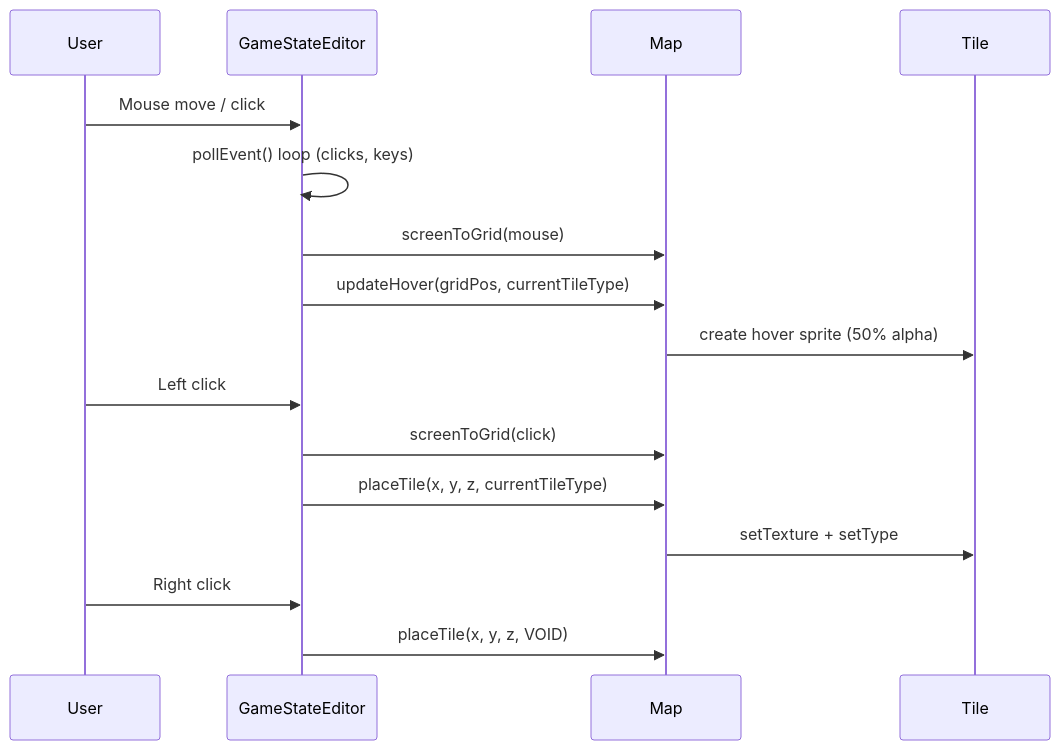
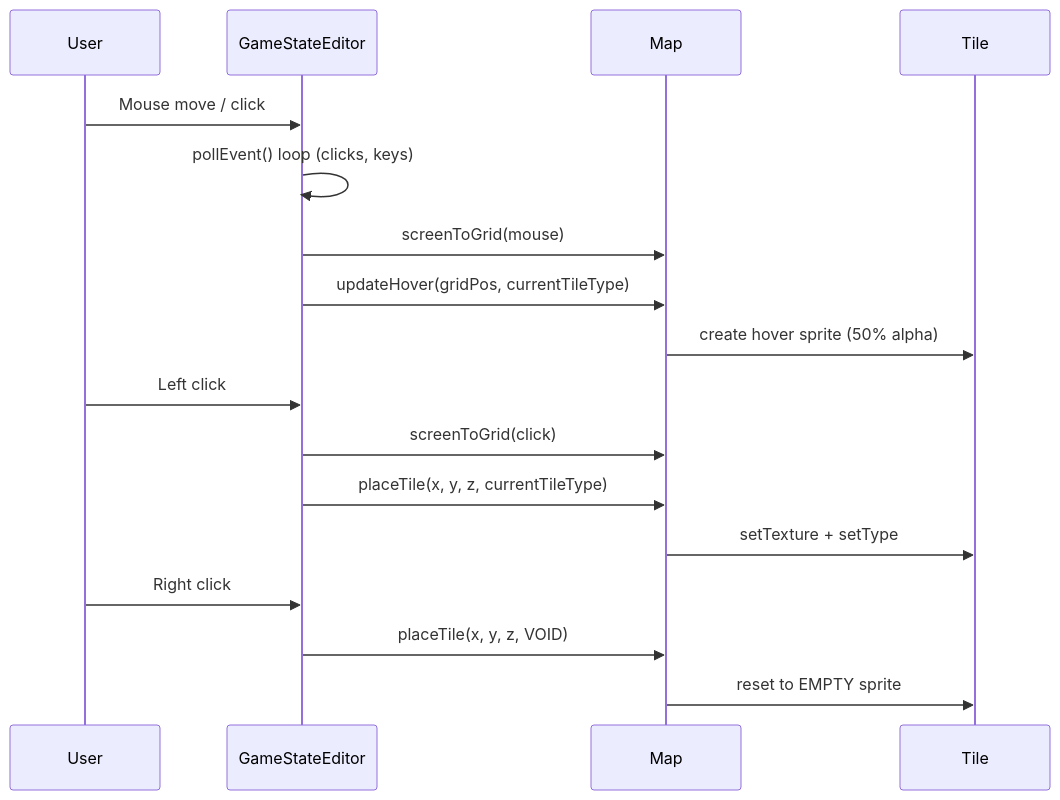
The fifth of 5 diagrams in docs/ARCHITECTURE.md (LeoMart12345/IsometricSFMLgame), drawn with Mermaid before and after one commit. The commit also changed other lines of this file and 6 other files, not shown here.

````diff
--- a/docs/ARCHITECTURE.md
+++ b/docs/ARCHITECTURE.md
@@ -162,21 +162,22 @@
 ```mermaid
 sequenceDiagram
     participant User
     participant Editor as GameStateEditor
     participant Map
     participant Tile
 
     User->>Editor: Mouse move / click
     Editor->>Editor: pollEvent() loop (clicks, keys)
     Editor->>Map: screenToGrid(mouse)
     Editor->>Map: updateHover(gridPos, currentTileType)
     Map->>Tile: create hover sprite (50% alpha)
 
     User->>Editor: Left click
     Editor->>Map: screenToGrid(click)
     Editor->>Map: placeTile(x, y, z, currentTileType)
     Map->>Tile: setTexture + setType
 
     User->>Editor: Right click
     Editor->>Map: placeTile(x, y, z, VOID)
+    Map->>Tile: reset to EMPTY sprite
 ```
````
